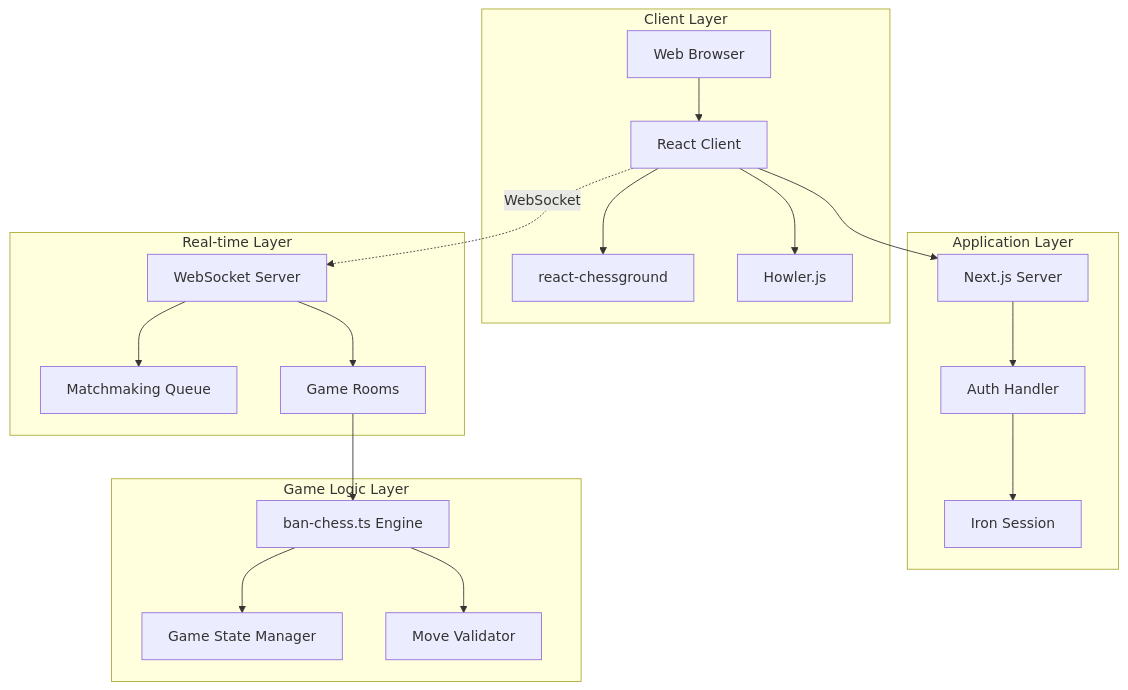
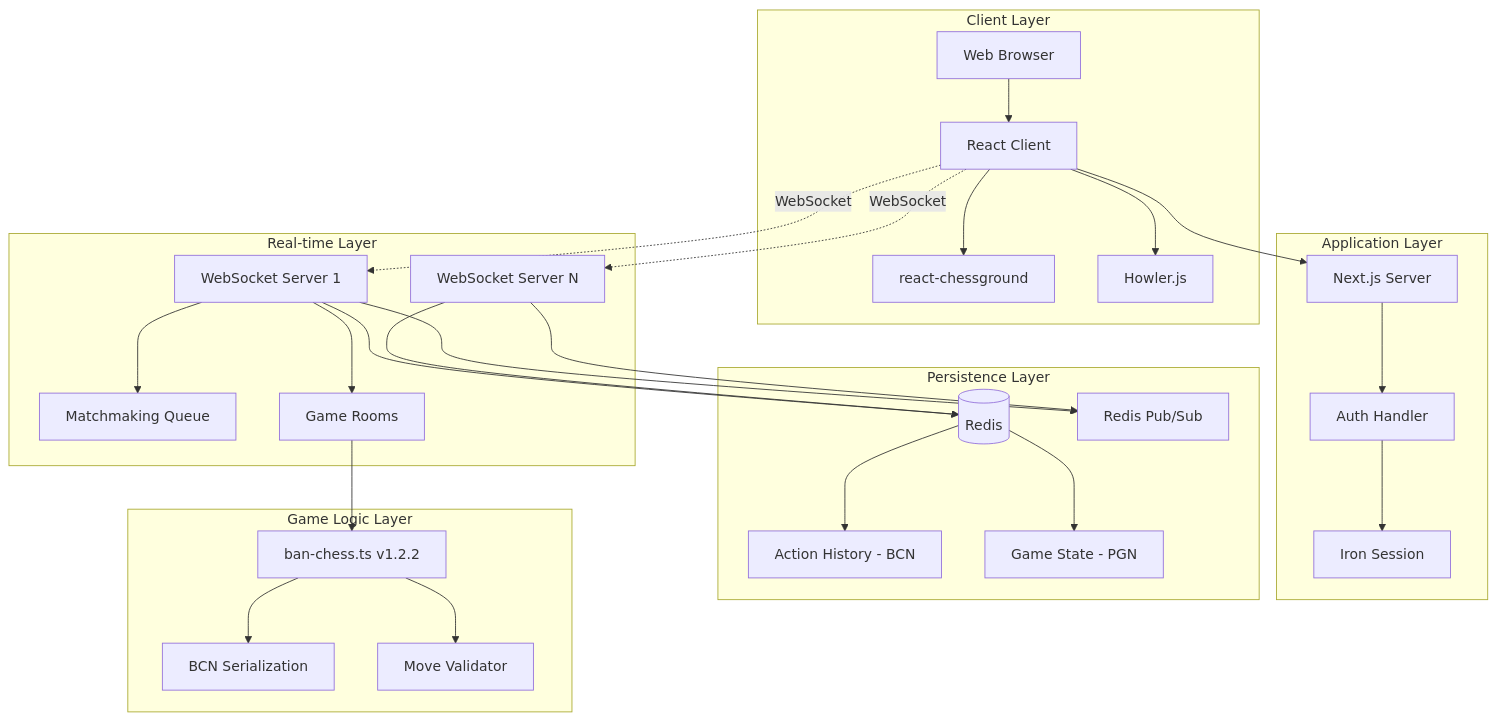
The first of 9 diagrams in docs/ARCHITECTURE.md (bezalel6/ban-chess), drawn with Mermaid before and after one commit. The commit also changed other lines of this file and 13 other files, not shown here.

First line of the commit message:
feat: implement ban-chess.ts v1.2.2 BCN serialization and Redis persistence

````diff
--- a/docs/ARCHITECTURE.md
+++ b/docs/ARCHITECTURE.md
@@ -9,42 +9,58 @@
 ```mermaid
 graph TB
     subgraph "Client Layer"
         Browser[Web Browser]
         RC[React Client]
         Chess[react-chessground]
         Sound[Howler.js]
     end
     
     subgraph "Application Layer"
         Next[Next.js Server]
         Auth[Auth Handler]
         Session[Iron Session]
     end
     
     subgraph "Real-time Layer"
-        WS[WebSocket Server]
+        WS1[WebSocket Server 1]
+        WS2[WebSocket Server N]
         Queue[Matchmaking Queue]
         Rooms[Game Rooms]
     end
     
+    subgraph "Persistence Layer"
+        Redis[(Redis)]
+        PubSub[Redis Pub/Sub]
+        History[Action History - BCN]
+        GameState[Game State - PGN]
+    end
+    
     subgraph "Game Logic Layer"
-        Engine[ban-chess.ts Engine]
-        State[Game State Manager]
+        Engine[ban-chess.ts v1.2.2]
+        BCN[BCN Serialization]
         Validator[Move Validator]
     end
     
     Browser --> RC
     RC --> Chess
     RC --> Sound
     RC --> Next
-    RC -.->|WebSocket| WS
+    RC -.->|WebSocket| WS1
+    RC -.->|WebSocket| WS2
     
     Next --> Auth
     Auth --> Session
     
-    WS --> Queue
-    WS --> Rooms
+    WS1 --> Redis
+    WS2 --> Redis
+    WS1 --> PubSub
+    WS2 --> PubSub
+    Redis --> History
+    Redis --> GameState
+    
+    WS1 --> Queue
+    WS1 --> Rooms
     Rooms --> Engine
-    Engine --> State
+    Engine --> BCN
     Engine --> Validator
 ```
````
